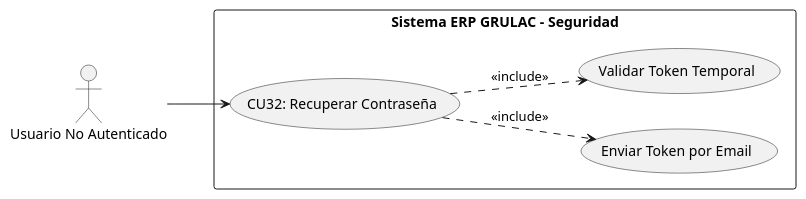
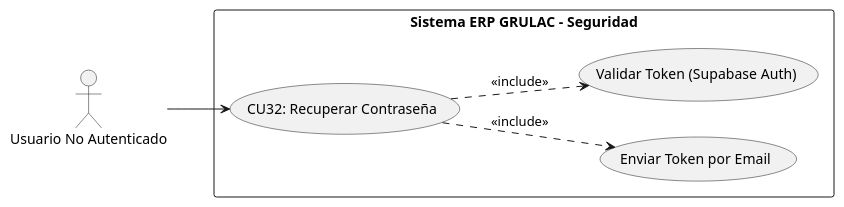
Diagram 17 of 46 in PROYECTO-MAIN/oficial/OFICIAL.md (INGvainilla/grulacOFICIAL), drawn with PlantUML before and after one commit. The commit also changed other lines of this file and 21 other files, not shown here.

````diff
--- a/PROYECTO-MAIN/oficial/OFICIAL.md
+++ b/PROYECTO-MAIN/oficial/OFICIAL.md
@@ -2135,14 +2179,14 @@
 ```plantuml
 @startuml
 left to right direction
 actor "Usuario No Autenticado" as Actor
 rectangle "Sistema ERP GRULAC - Seguridad" {
   usecase "CU32: Recuperar Contraseña" as CU32
   usecase "Enviar Token por Email" as EnviarToken
-  usecase "Validar Token Temporal" as ValidarToken
+  usecase "Validar Token (Supabase Auth)" as ValidarToken
 }
 Actor --> CU32
 CU32 ..> EnviarToken : <<include>>
 CU32 ..> ValidarToken : <<include>>
 @enduml
 ```
````
